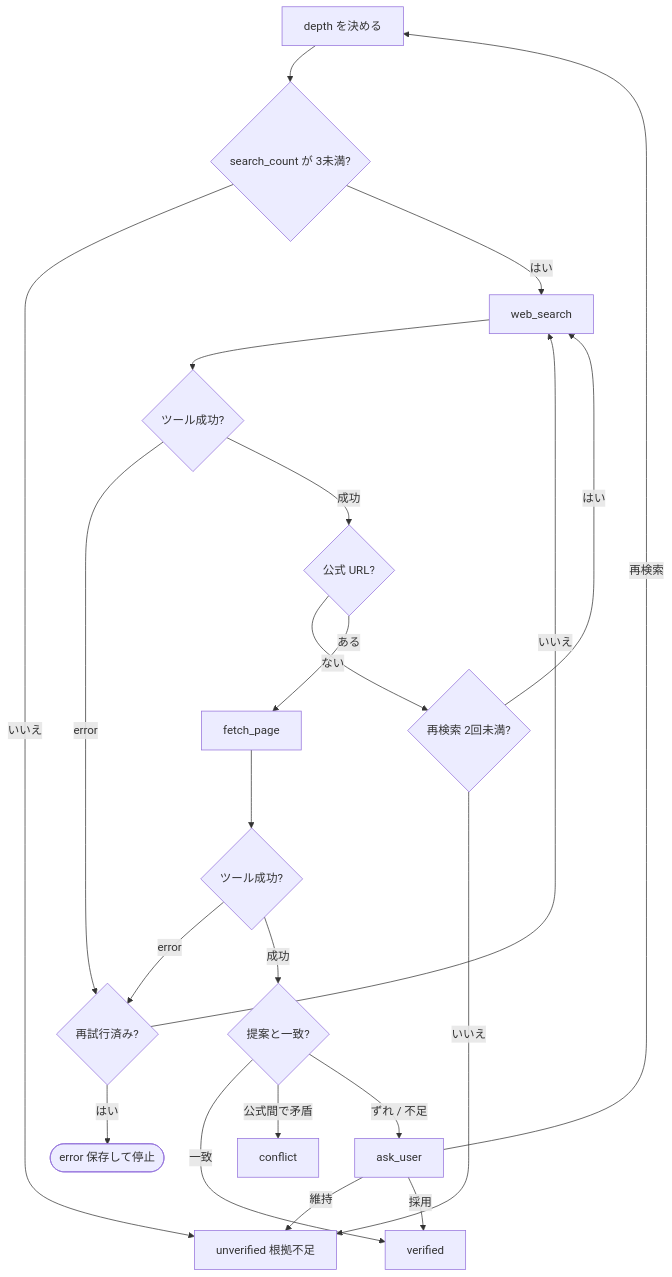
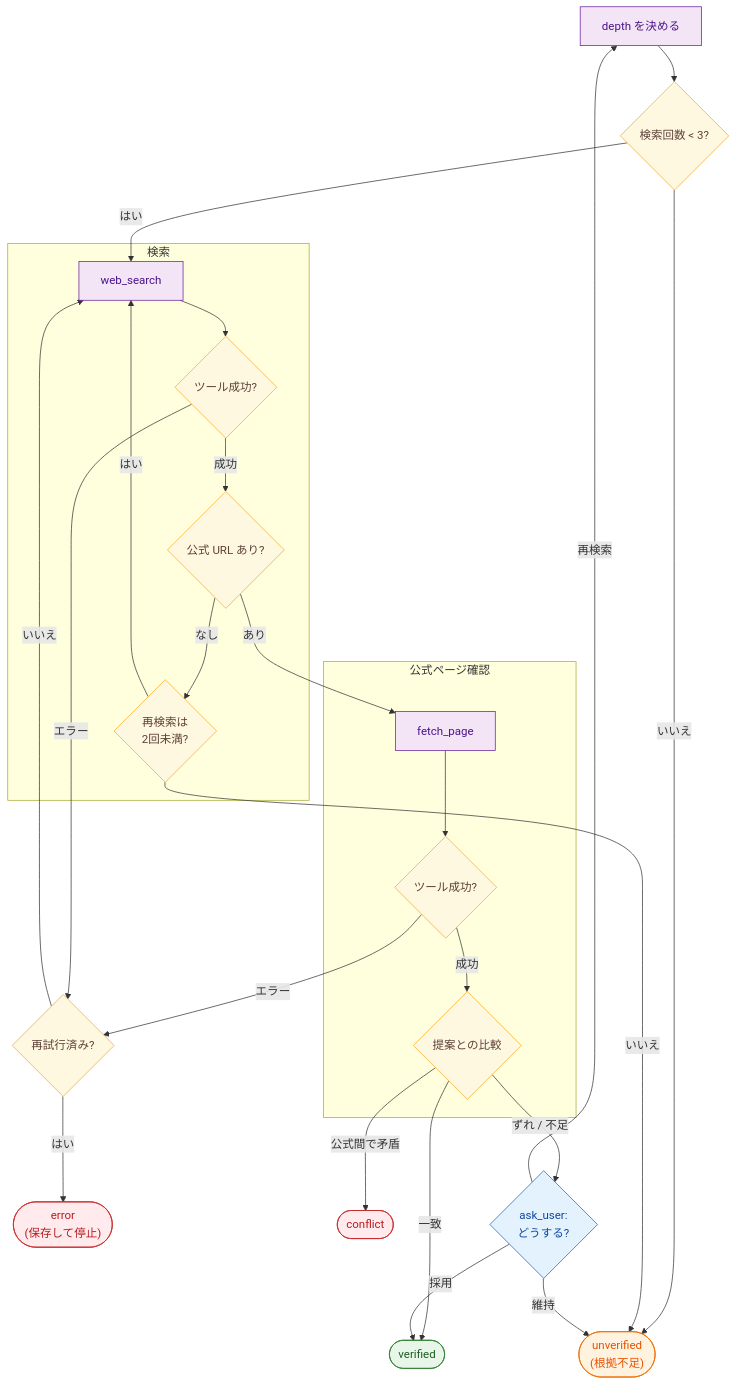
The second of 2 diagrams in .agent/skills/project-init/SKILL.md (shiratama644/TEMPLATE_REPO), drawn with Mermaid before and after one commit. The commit also changed other lines of this file, not shown here.

First line of the commit message:
Revise flowcharts for project initialization process

````diff
--- a/.agent/skills/project-init/SKILL.md
+++ b/.agent/skills/project-init/SKILL.md
@@ -192,24 +212,45 @@
 ```mermaid
 flowchart TD
-  FACT["depth を決める"] --> SC{"search_count が 3未満?"}
-  SC -->|いいえ| UV["unverified 根拠不足"]
-  SC -->|はい| WS["web_search"]
-  WS --> WSOK{"ツール成功?"}
-  WSOK -->|error| ERTRY{"再試行済み?"}
-  ERTRY -->|いいえ| WS
-  ERTRY -->|はい| ERR(["error 保存して停止"])
-  WSOK -->|成功| OFF{"公式 URL?"}
-  OFF -->|ない| MORE{"再検索 2回未満?"}
-  MORE -->|はい| WS
+  classDef ok fill:#e8f5e9,stroke:#2e7d32,color:#1b5e20
+  classDef ng fill:#ffebee,stroke:#c62828,color:#b71c1c
+  classDef ask fill:#e3f2fd,stroke:#1565c0,color:#0d47a1
+  classDef chk fill:#fff8e1,stroke:#f9a825,color:#5d4037
+  classDef act fill:#f3e5f5,stroke:#6a1b9a,color:#4a148c
+  classDef warn fill:#fff3e0,stroke:#ef6c00,color:#e65100
+
+  FACT["depth を決める"]:::act --> SC{"検索回数 < 3?"}:::chk
+  SC -->|いいえ| UV
+  SC -->|はい| WS
+
+  subgraph SRCH["検索"]
+    WS["web_search"]:::act --> WSOK{"ツール成功?"}:::chk
+    WSOK -->|成功| OFF{"公式 URL あり?"}:::chk
+    OFF -->|なし| MORE{"再検索は<br/>2回未満?"}:::chk
+    MORE -->|はい| WS
+  end
+
+  subgraph PAGE["公式ページ確認"]
+    FP["fetch_page"]:::act --> FPOK{"ツール成功?"}:::chk
+    FPOK -->|成功| CMP{"提案との比較"}:::chk
+  end
+
+  OFF -->|あり| FP
   MORE -->|いいえ| UV
-  OFF -->|ある| FP["fetch_page"]
-  FP --> FPOK{"ツール成功?"}
-  FPOK -->|error| ERTRY
-  FPOK -->|成功| CMP{"提案と一致?"}
-  CMP -->|一致| VER["verified"]
-  CMP -->|公式間で矛盾| CF["conflict"]
-  CMP -->|ずれ / 不足| CONF2["ask_user"]
-  CONF2 -->|再検索| FACT
-  CONF2 -->|維持| UV
-  CONF2 -->|採用| VER
+
+  WSOK -->|エラー| RETRY{"再試行済み?"}:::chk
+  FPOK -->|エラー| RETRY
+  RETRY -->|いいえ| WS
+  RETRY -->|はい| ERR
+
+  CMP -->|一致| VER
+  CMP -->|公式間で矛盾| CF
+  CMP -->|"ずれ / 不足"| ASKU{"ask_user:<br/>どうする?"}:::ask
+  ASKU -->|再検索| FACT
+  ASKU -->|維持| UV
+  ASKU -->|採用| VER
+
+  VER(["verified"]):::ok
+  UV(["unverified<br/>(根拠不足)"]):::warn
+  CF(["conflict"]):::ng
+  ERR(["error<br/>(保存して停止)"]):::ng
 ```
````
